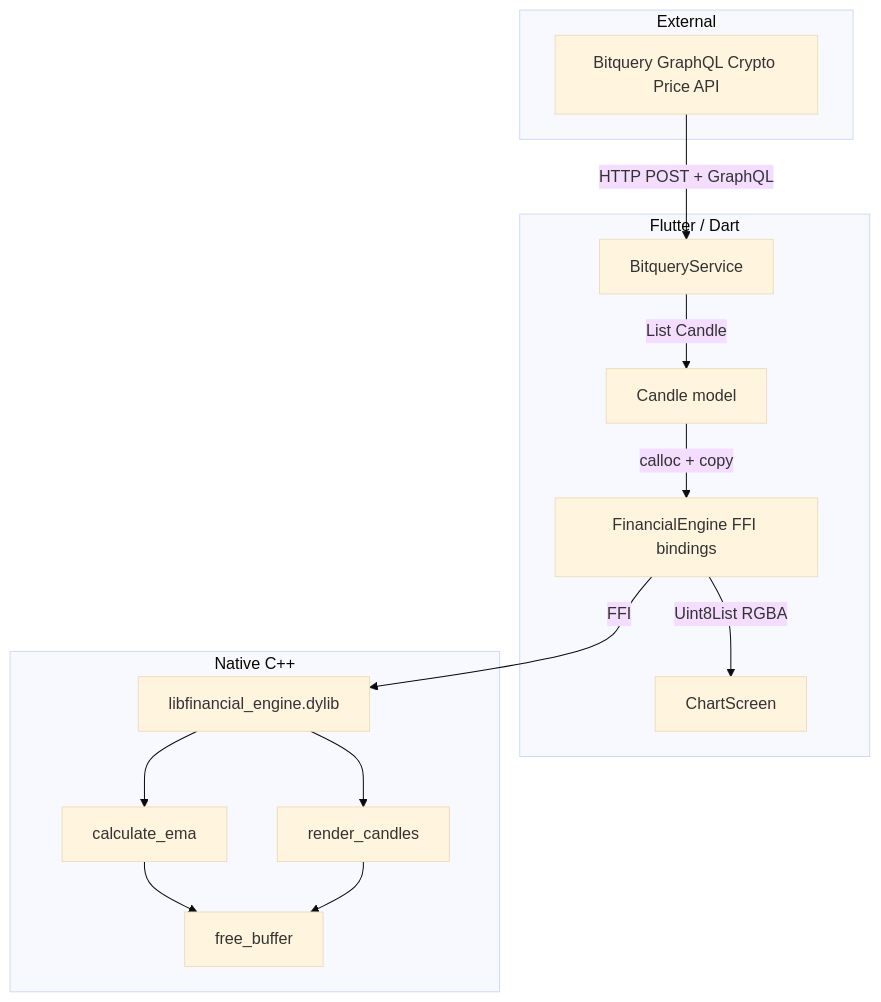
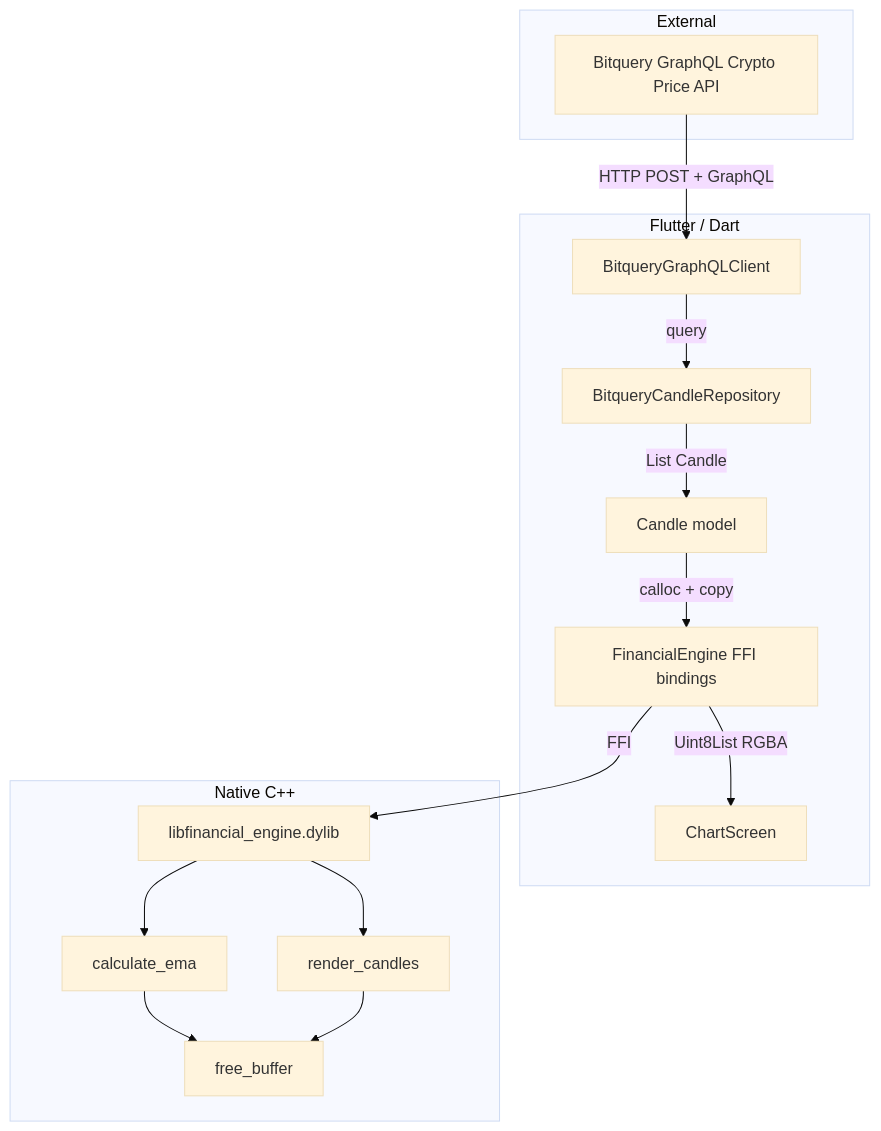
The diagram in README.md (kostya-epifanov/flutter-desktop-ffi-graphql-demo), drawn with Mermaid (base theme) before and after one commit. The commit also changed other lines of this file, not shown here.

````diff
--- a/README.md
+++ b/README.md
@@ -17,30 +17,32 @@
 ```mermaid
 flowchart TD
     subgraph External [External]
         Bitquery[Bitquery GraphQL Crypto Price API]
     end
 
     subgraph Flutter [Flutter / Dart]
-        BitqueryService[BitqueryService]
+        GraphQLClient[BitqueryGraphQLClient]
+        CandleRepo[BitqueryCandleRepository]
         CandleModel[Candle model]
         EngineBindings[FinancialEngine FFI bindings]
         ChartScreen[ChartScreen]
     end
 
     subgraph Native [Native C++]
         Dylib[libfinancial_engine.dylib]
         EMA[calculate_ema]
         Renderer[render_candles]
         Free[free_buffer]
     end
 
-    Bitquery -->|HTTP POST + GraphQL| BitqueryService
-    BitqueryService -->|List Candle| CandleModel
+    Bitquery -->|HTTP POST + GraphQL| GraphQLClient
+    GraphQLClient -->|query| CandleRepo
+    CandleRepo -->|List Candle| CandleModel
     CandleModel -->|calloc + copy| EngineBindings
     EngineBindings -->|FFI| Dylib
     Dylib --> EMA
     Dylib --> Renderer
     EngineBindings -->|Uint8List RGBA| ChartScreen
     EMA --> Free
     Renderer --> Free
 ```
````
